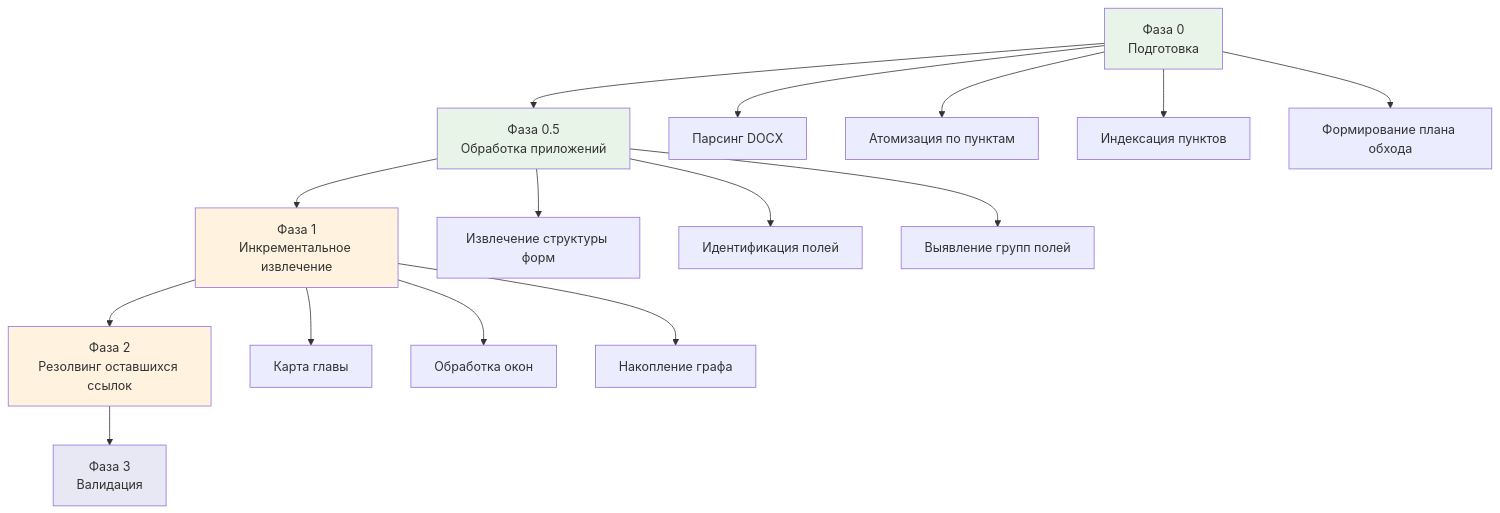
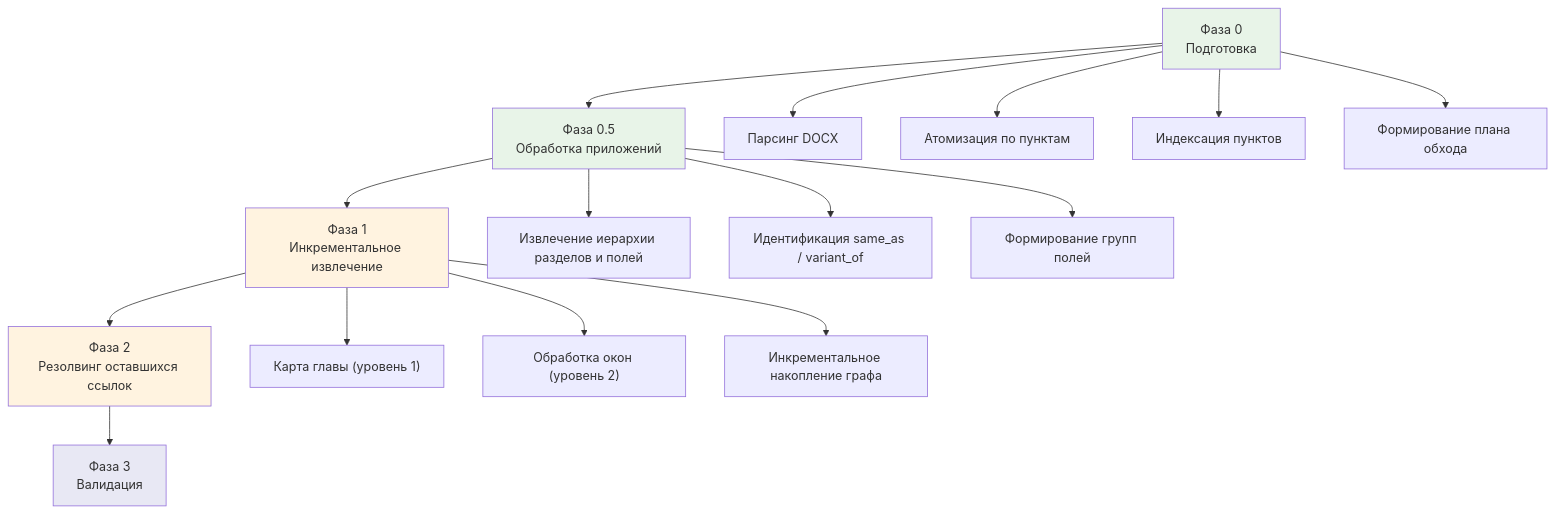
Before and after one commit to Dieugene/graph-parsing-706: the third of 4 diagrams in 00_docs/specs/task_specification.md, drawn with Mermaid. The commit also changed other lines of this file, not shown here.

Commit message:
Update task specification: add action hierarchy, FZ question backlog, refine graph architecture

````diff
--- a/00_docs/specs/task_specification.md
+++ b/00_docs/specs/task_specification.md
@@ -189,26 +229,26 @@
 ```mermaid
 flowchart TD
     A["Фаза 0\nПодготовка"] --> B["Фаза 0.5\nОбработка приложений"]
     B --> C["Фаза 1\nИнкрементальное извлечение"]
     C --> D["Фаза 2\nРезолвинг оставшихся ссылок"]
     D --> E["Фаза 3\nВалидация"]
 
     A --> A1["Парсинг DOCX"]
     A --> A2["Атомизация по пунктам"]
     A --> A3["Индексация пунктов"]
     A --> A4["Формирование плана обхода"]
 
-    B --> B1["Извлечение структуры форм"]
-    B --> B2["Идентификация полей"]
-    B --> B3["Выявление групп полей"]
+    B --> B1["Извлечение иерархии разделов и полей"]
+    B --> B2["Идентификация same_as / variant_of"]
+    B --> B3["Формирование групп полей"]
 
-    C --> C1["Карта главы"]
-    C --> C2["Обработка окон"]
-    C --> C3["Накопление графа"]
+    C --> C1["Карта главы (уровень 1)"]
+    C --> C2["Обработка окон (уровень 2)"]
+    C --> C3["Инкрементальное накопление графа"]
 
     style A fill:#e8f4e8
     style B fill:#e8f4e8
     style C fill:#fff3e0
     style D fill:#fff3e0
     style E fill:#e8e8f4
 ```
````
